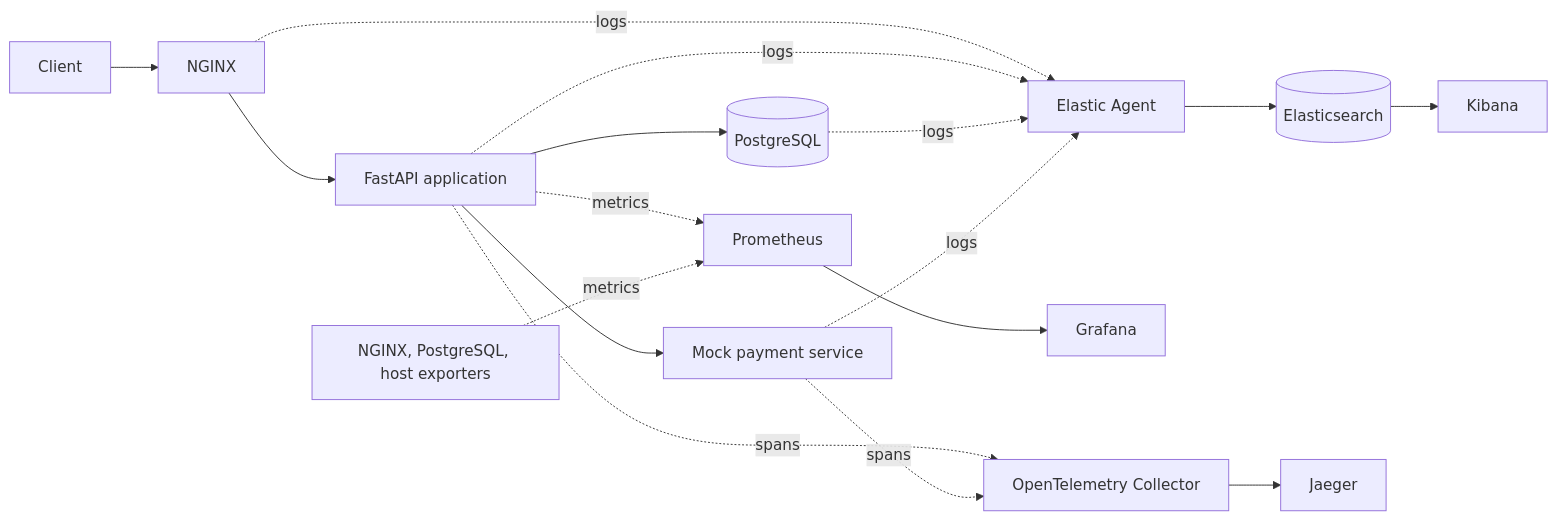
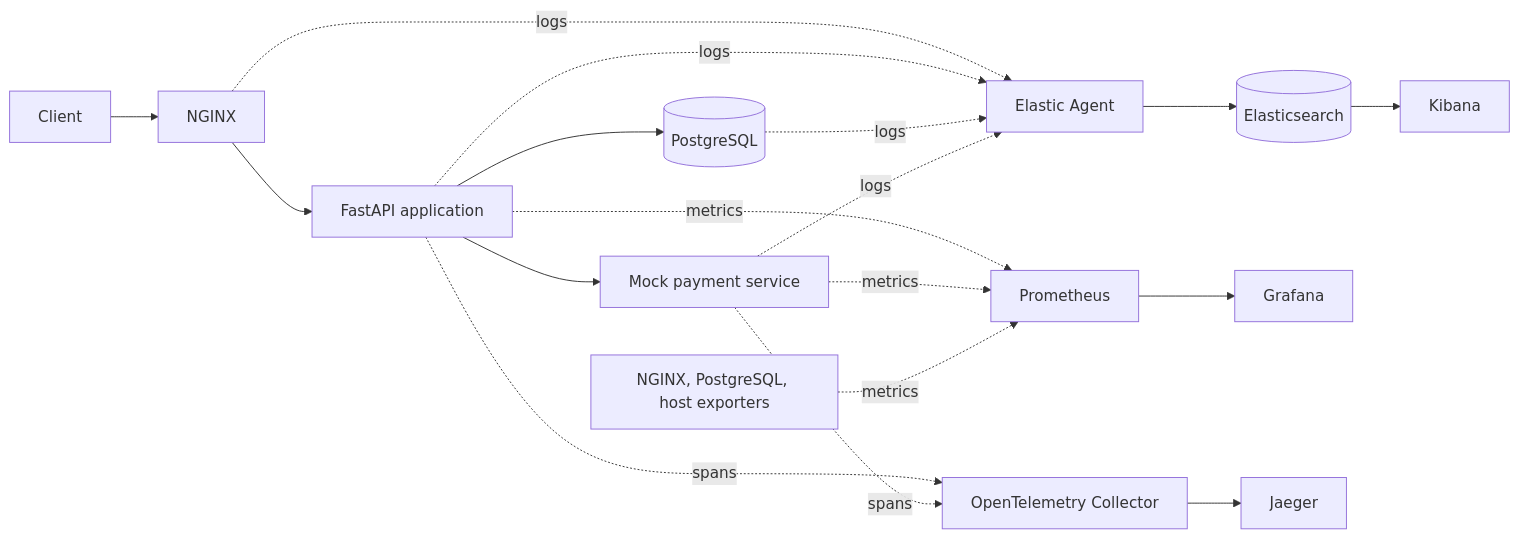
Before and after one commit to Shakilkhan24/logs-metrics-traces-devops: the diagram in README.md, drawn with Mermaid. The commit also changed other lines of this file and 36 other files, not shown here.

````diff
--- a/README.md
+++ b/README.md
@@ -67,22 +71,23 @@
 ```mermaid
 flowchart LR
     Client --> NGINX
     NGINX --> API[FastAPI application]
     API --> DB[(PostgreSQL)]
     API --> Payment[Mock payment service]
 
     NGINX -. logs .-> Agent[Elastic Agent]
     API -. logs .-> Agent
     DB -. logs .-> Agent
     Payment -. logs .-> Agent
     Agent --> ES[(Elasticsearch)]
     ES --> Kibana
 
     API -. metrics .-> Prometheus
+    Payment -. metrics .-> Prometheus
     Exporters[NGINX, PostgreSQL, host exporters] -. metrics .-> Prometheus
     Prometheus --> Grafana
 
     API -. spans .-> Collector[OpenTelemetry Collector]
     Payment -. spans .-> Collector
     Collector --> Jaeger
 ```
````
